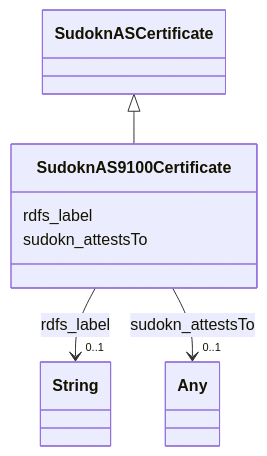
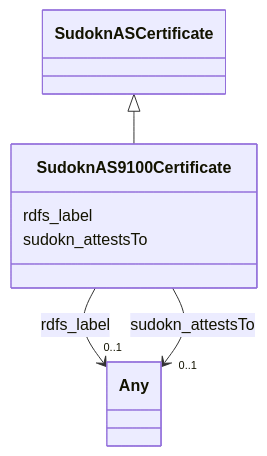
One commit to frink-okn/graph-descriptions changed the diagram in sudokn-kg/classes/SudoknAS9100Certificate.md. Above: the diagram before and after it, drawn with Mermaid. The commit also changed other lines of this file and 903 other files, not shown here.

````diff
--- a/sudokn-kg/classes/SudoknAS9100Certificate.md
+++ b/sudokn-kg/classes/SudoknAS9100Certificate.md
@@ -23,27 +18,27 @@
 ```mermaid
  classDiagram
     class SudoknAS9100Certificate
     click SudoknAS9100Certificate href "../SudoknAS9100Certificate"
       SudoknASCertificate <|-- SudoknAS9100Certificate
         click SudoknASCertificate href "../SudoknASCertificate"
       
       SudoknAS9100Certificate : rdfs_label
         
           
     
     
-    SudoknAS9100Certificate --> "0..1" String : rdfs_label
-    click String href "../String"
+    SudoknAS9100Certificate --> "0..1" Any : rdfs_label
+    click Any href "../Any"
 
         
       SudoknAS9100Certificate : sudokn_attestsTo
         
           
     
     
     SudoknAS9100Certificate --> "0..1" Any : sudokn_attestsTo
     click Any href "../Any"
 
         
       
 ```
````
